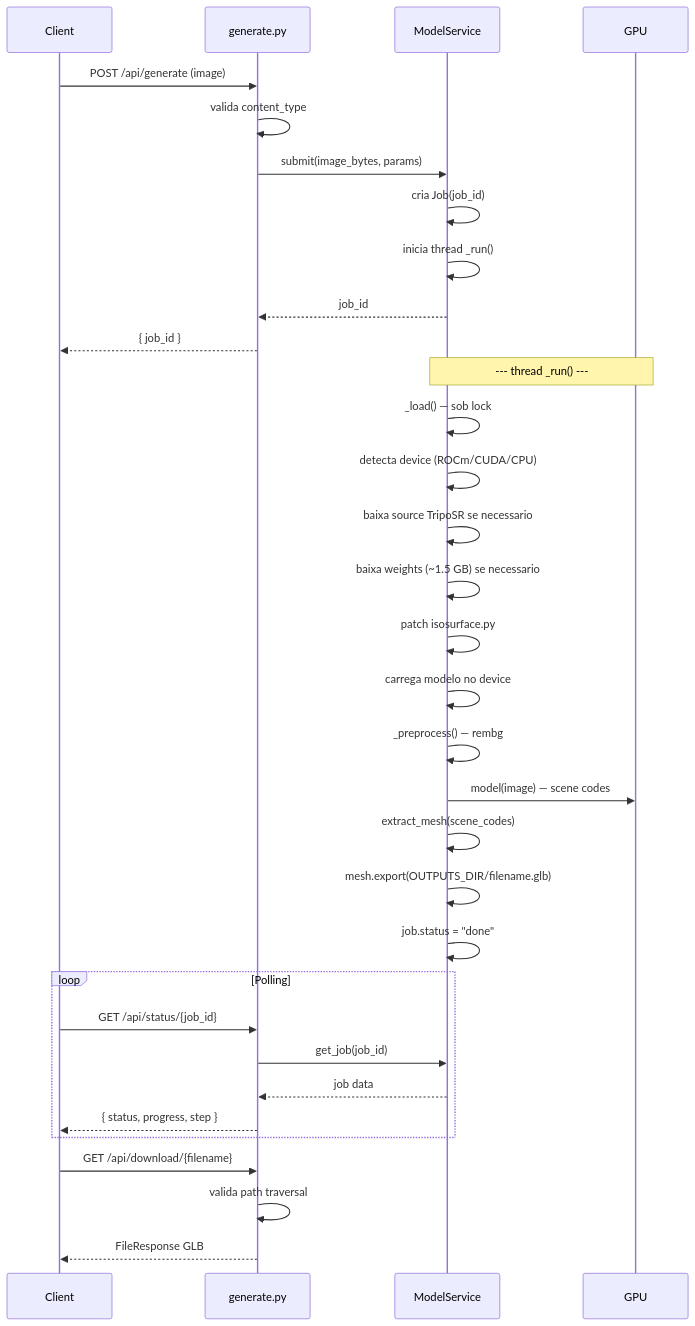
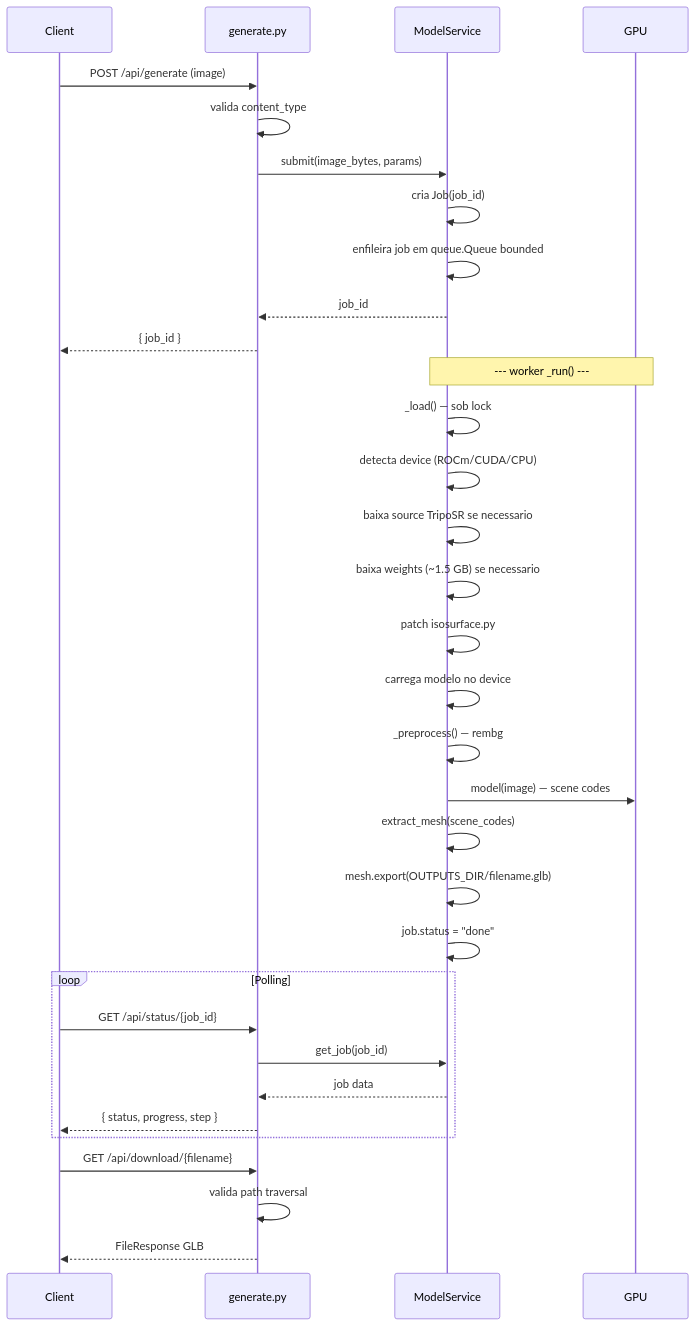
Before and after one commit to odevpedro/picture-to-3d: the third of 4 diagrams in docs/system-feature-flows.md, drawn with Mermaid. The commit also changed other lines of this file and 15 other files, not shown here.

````diff
--- a/docs/system-feature-flows.md
+++ b/docs/system-feature-flows.md
@@ -222,43 +222,43 @@
 ```mermaid
 sequenceDiagram
     participant Client
     participant Router as generate.py
     participant MS as ModelService
     participant GPU
 
     Client->>Router: POST /api/generate (image)
     Router->>Router: valida content_type
     Router->>MS: submit(image_bytes, params)
 
     MS->>MS: cria Job(job_id)
-    MS->>MS: inicia thread _run()
+    MS->>MS: enfileira job em queue.Queue bounded
     MS-->>Router: job_id
     Router-->>Client: { job_id }
 
-    Note over MS,GPU: --- thread _run() ---
+    Note over MS,GPU: --- worker _run() ---
 
     MS->>MS: _load() — sob lock
     MS->>MS: detecta device (ROCm/CUDA/CPU)
     MS->>MS: baixa source TripoSR se necessario
     MS->>MS: baixa weights (~1.5 GB) se necessario
     MS->>MS: patch isosurface.py
     MS->>MS: carrega modelo no device
 
     MS->>MS: _preprocess() — rembg
     MS->>GPU: model(image) — scene codes
 
     MS->>MS: extract_mesh(scene_codes)
     MS->>MS: mesh.export(OUTPUTS_DIR/filename.glb)
     MS->>MS: job.status = "done"
 
     loop Polling
         Client->>Router: GET /api/status/{job_id}
         Router->>MS: get_job(job_id)
         MS-->>Router: job data
         Router-->>Client: { status, progress, step }
     end
 
     Client->>Router: GET /api/download/{filename}
     Router->>Router: valida path traversal
     Router-->>Client: FileResponse GLB
 ```
````
